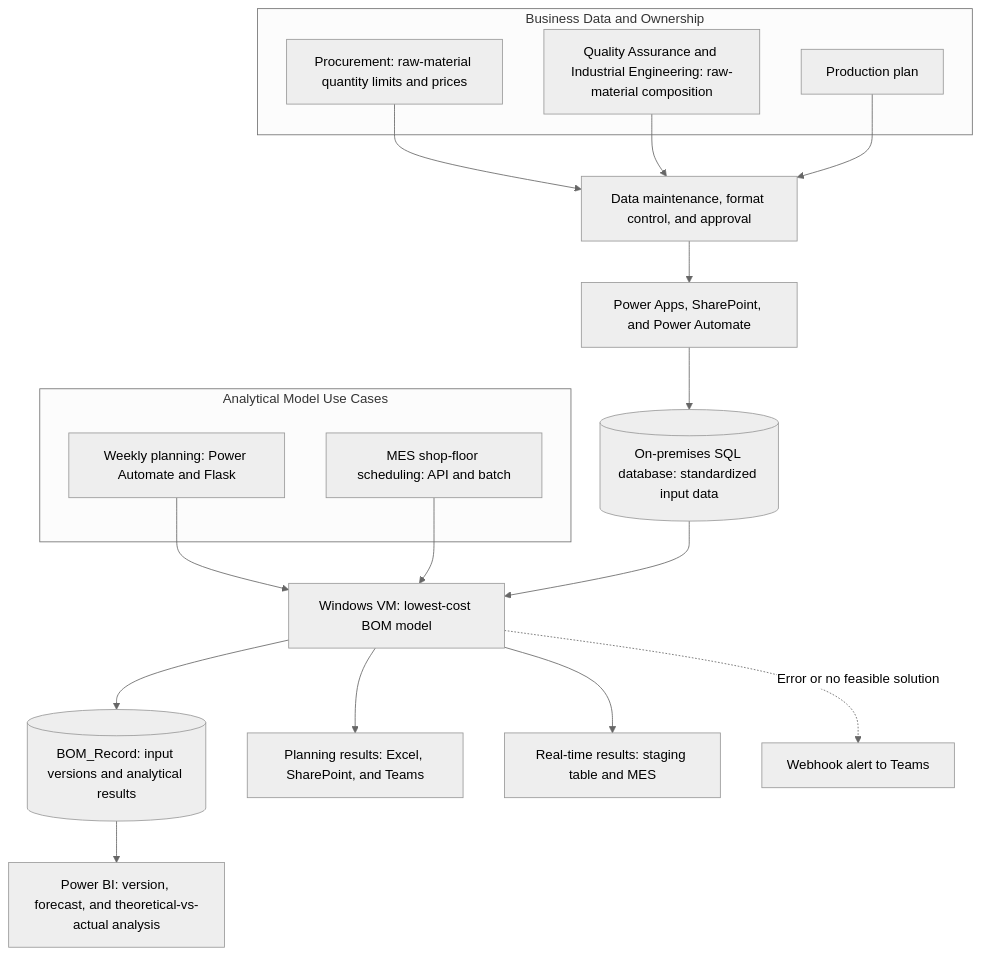
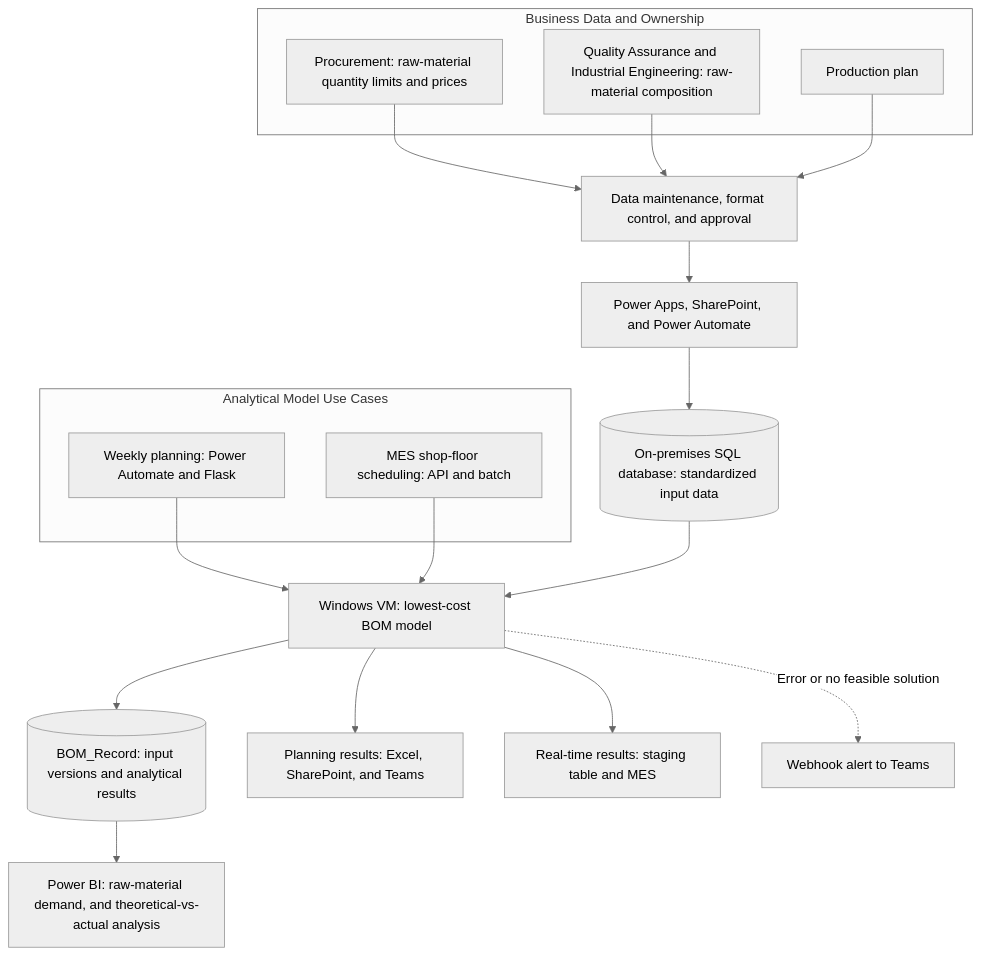
Before and after one commit to ChienChienChien/BOM_Management_Platform: the diagram in README.md, drawn with Mermaid (neutral theme). The commit also changed other lines of this file, not shown here.

````diff
--- a/README.md
+++ b/README.md
@@ -65,29 +65,29 @@
 ```mermaid
 flowchart TB
     subgraph Source[Business Data and Ownership]
         A[Procurement: raw-material quantity limits and prices]
         B[Quality Assurance and Industrial Engineering: raw-material composition]
         C[Production plan]
     end
 
     A --> D[Data maintenance, format control, and approval]
     B --> D
     C --> D
     D --> E[Power Apps, SharePoint, and Power Automate]
     E --> F[(On-premises SQL database: standardized input data)]
 
     subgraph UseCase[Analytical Model Use Cases]
         G[Weekly planning: Power Automate and Flask]
         H[MES shop-floor scheduling: API and batch]
     end
 
     G --> I[Windows VM: lowest-cost BOM model]
     H --> I
     F --> I
 
     I --> J[(BOM_Record: input versions and analytical results)]
     I --> K[Planning results: Excel, SharePoint, and Teams]
     I --> L[Real-time results: staging table and MES]
-    J --> M[Power BI: version, forecast, and theoretical-vs-actual analysis]
+    J --> M[Power BI: raw-material demand, and theoretical-vs-actual analysis]
     I -. Error or no feasible solution .-> N[Webhook alert to Teams]
 ```
````
